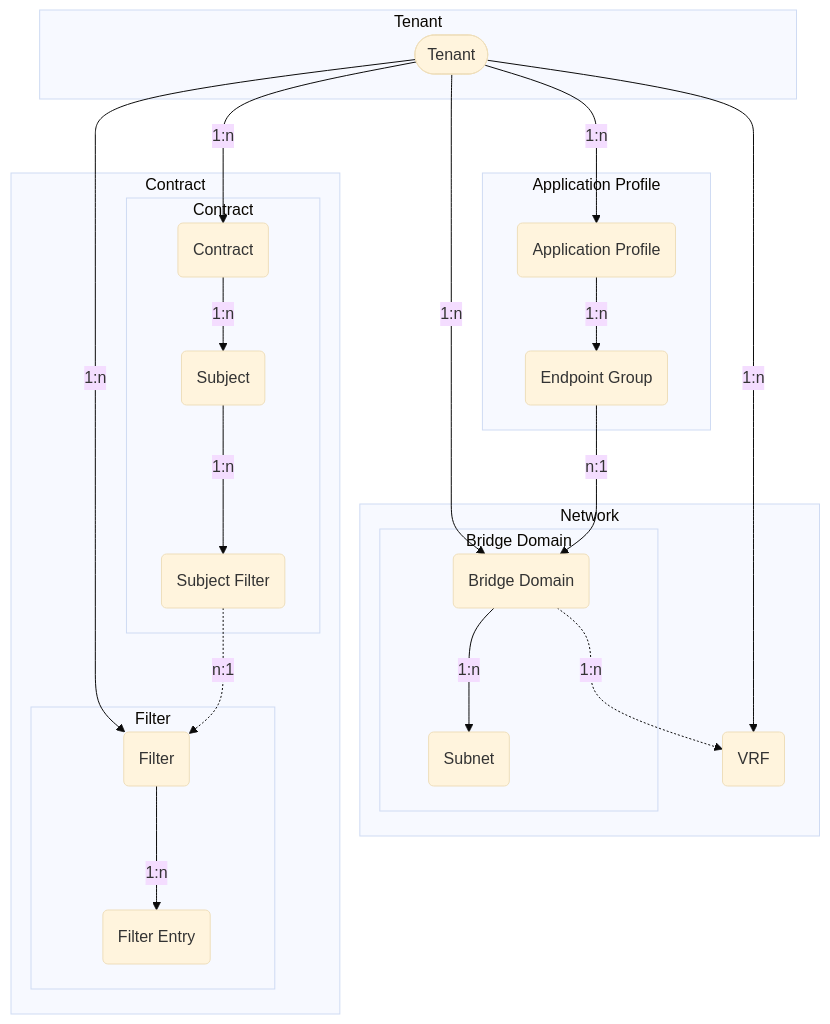
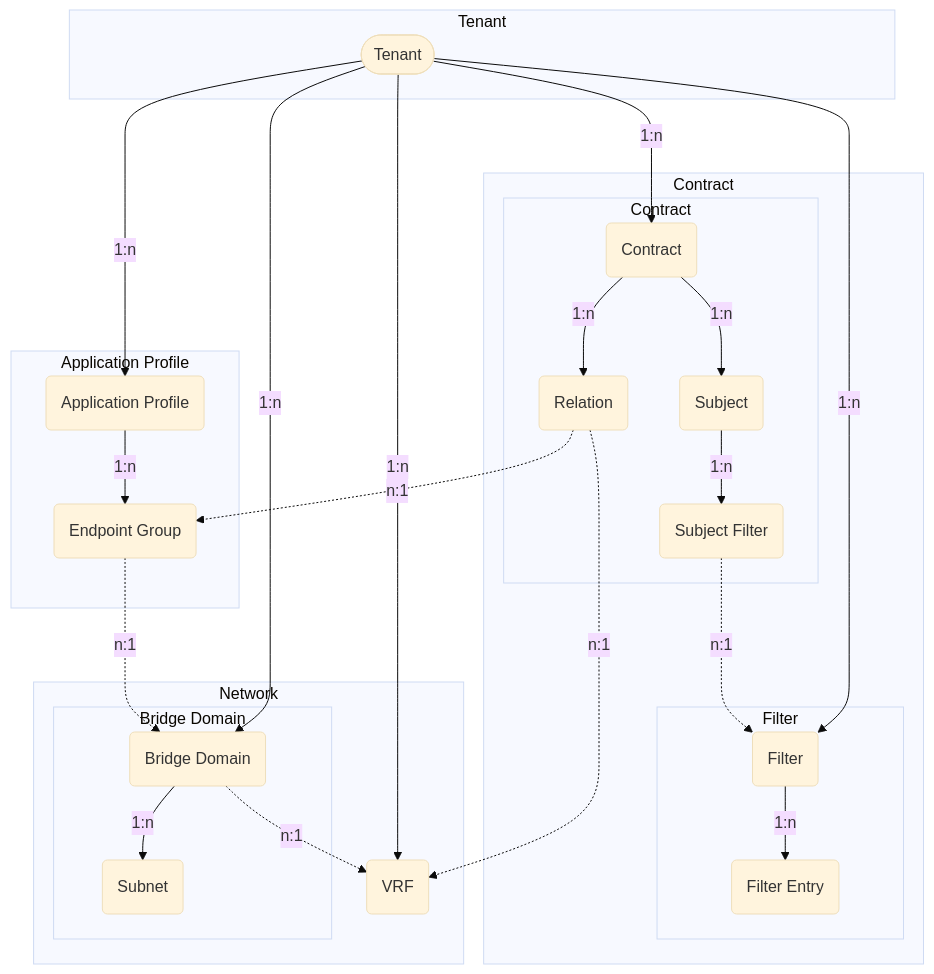
One commit to pheus/netbox-aci-plugin changed the diagram in docs/features/tenants.md. Above: the diagram before and after it, drawn with Mermaid (base theme). The commit also changed other lines of this file, not shown here.

First line of the commit message:
docs(contracts): Add Contract Relation documentation

````diff
--- a/docs/features/tenants.md
+++ b/docs/features/tenants.md
@@ -6,42 +6,46 @@
 ```mermaid
 flowchart TD
     TN([Tenant])
     AP(Application Profile)
     EPG(Endpoint Group)
     VRF(VRF)
     BD(Bridge Domain)
     SN(Subnet)
     CT(Contract)
+    CTR(Relation)
     SJ(Subject)
     SJF(Subject Filter)
     FT(Filter)
     FTE(Filter Entry)
     subgraph graphTN [Tenant]
         TN
     end
     subgraph graphAP [Application Profile]
         TN -->|1:n| AP
         AP -->|1:n| EPG
     end
     subgraph graphNW [Network]
         subgraph graphBD [Bridge Domain]
             TN -->|1:n| BD
             BD -->|1:n| SN
         end
-        BD -.->|1:n| VRF
+        BD -.->|n:1| VRF
         TN -->|1:n| VRF
     end
     subgraph graphCT [Contract]
         subgraph graphCTS [Contract]
             TN -->|1:n| CT
             CT -->|1:n| SJ
+            CT -->|1:n| CTR
             SJ -->|1:n| SJF
         end
         subgraph graphFT [Filter]
             TN -->|1:n| FT
             FT -->|1:n| FTE
         end
         SJF -.->|n:1| FT
+        CTR -.->|n:1| EPG
+        CTR -.->|n:1| VRF
     end
-    EPG -->|n:1| BD
+    EPG -.->|n:1| BD
 ```
````
